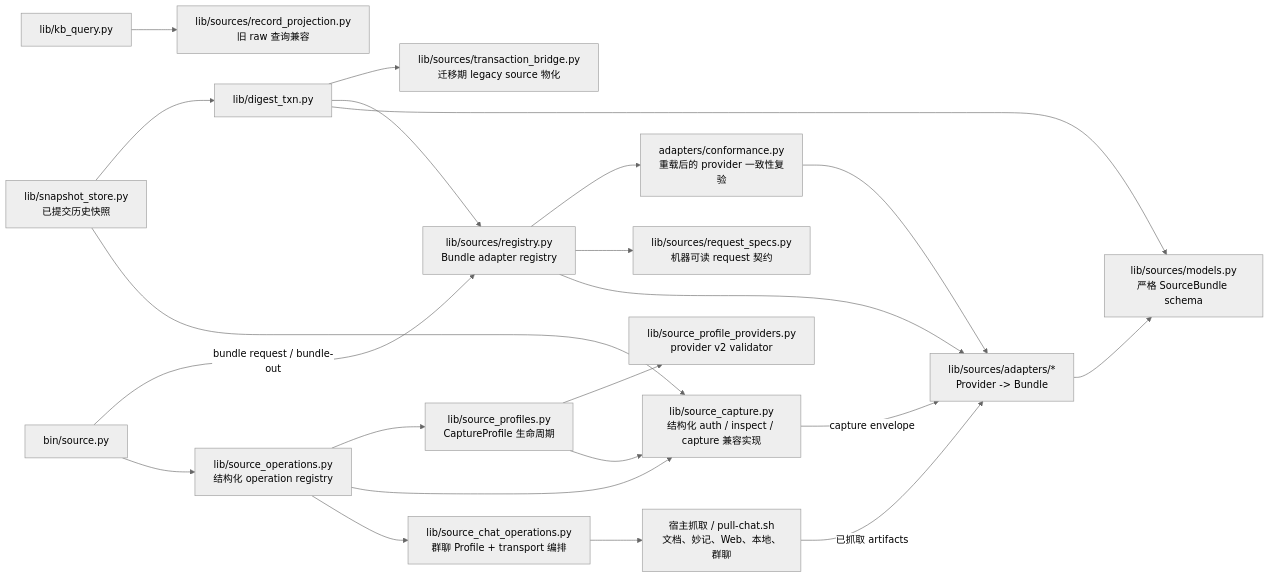
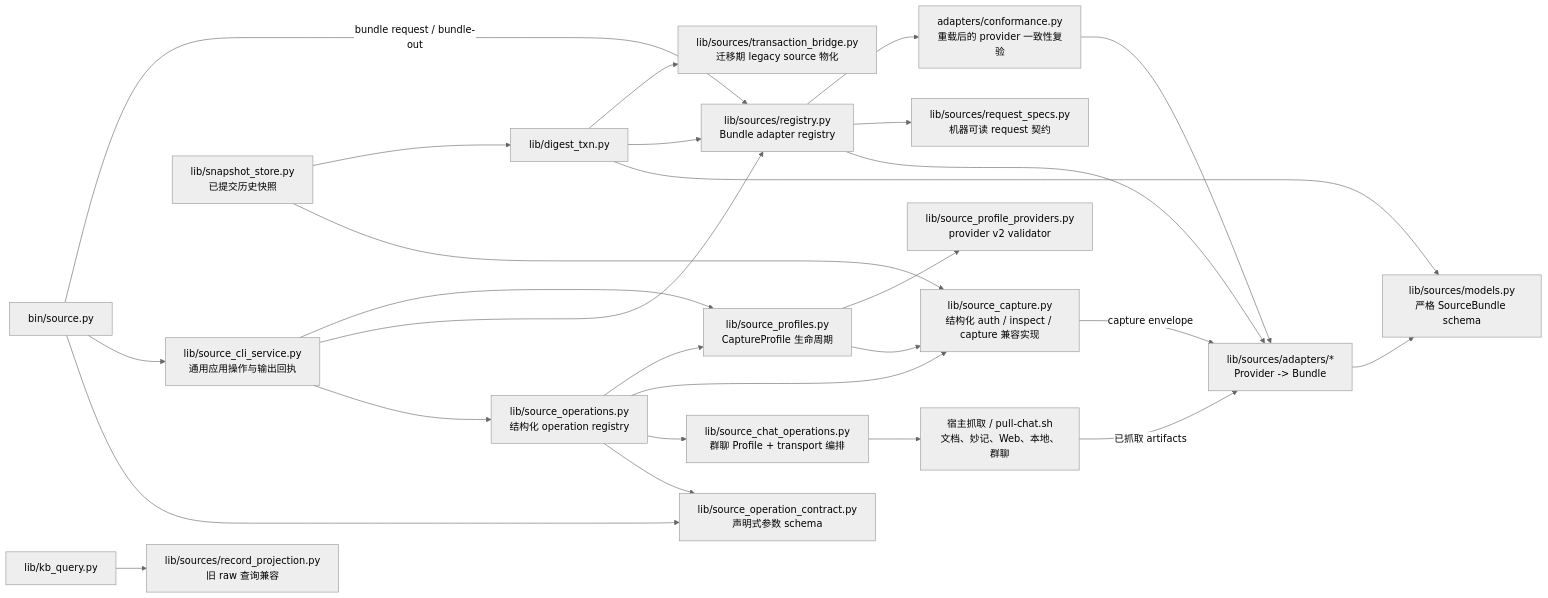
Diagram 13 of 19 in docs/development/ARCHITECTURE.md (ranjiao/byteworker), drawn with Mermaid (neutral theme) before and after one commit. The commit also changed other lines of this file and 43 other files, not shown here.

Commit message:
Refactor Byteworker command architecture

````diff
--- a/docs/development/ARCHITECTURE.md
+++ b/docs/development/ARCHITECTURE.md
@@ -793,42 +817,49 @@
 ```mermaid
 flowchart LR
     CLI["bin/source.py"]
+    CLISVC["lib/source_cli_service.py<br/>通用应用操作与输出回执"]
+    OPC["lib/source_operation_contract.py<br/>声明式参数 schema"]
     OPS["lib/source_operations.py<br/>结构化 operation registry"]
     CHATOPS["lib/source_chat_operations.py<br/>群聊 Profile + transport 编排"]
     CAP["lib/source_capture.py<br/>结构化 auth / inspect / capture 兼容实现"]
     HOST["宿主抓取 / pull-chat.sh<br/>文档、妙记、Web、本地、群聊"]
     PROF["lib/source_profiles.py<br/>CaptureProfile 生命周期"]
     PROFV["lib/source_profile_providers.py<br/>provider v2 validator"]
     ADP["lib/sources/adapters/*<br/>Provider -> Bundle"]
     SPEC["lib/sources/request_specs.py<br/>机器可读 request 契约"]
     CONF["adapters/conformance.py<br/>重载后的 provider 一致性复验"]
     MODEL["lib/sources/models.py<br/>严格 SourceBundle schema"]
     REG["lib/sources/registry.py<br/>Bundle adapter registry"]
     BRIDGE["lib/sources/transaction_bridge.py<br/>迁移期 legacy source 物化"]
     SNAP["lib/snapshot_store.py<br/>已提交历史快照"]
     PROJ["lib/sources/record_projection.py<br/>旧 raw 查询兼容"]
     TXN["lib/digest_txn.py"]
     QUERY["lib/kb_query.py"]
 
-    CLI --> OPS
+    CLI --> OPC
+    CLI --> CLISVC
+    CLISVC --> OPS
+    CLISVC --> REG
+    CLISVC --> PROF
+    OPS --> OPC
     OPS --> CHATOPS
     OPS --> CAP
     OPS --> PROF
     CHATOPS --> HOST
     PROF --> CAP
     PROF --> PROFV
     CAP -->|"capture envelope"| ADP
     HOST -->|"已抓取 artifacts"| ADP
     CLI -->|"bundle request / bundle-out"| REG
     REG --> ADP
     REG --> SPEC
     ADP --> MODEL
     REG --> CONF
     CONF --> ADP
     TXN --> MODEL
     TXN --> REG
     TXN --> BRIDGE
     SNAP --> CAP
     SNAP --> TXN
     QUERY --> PROJ
 ```
````
